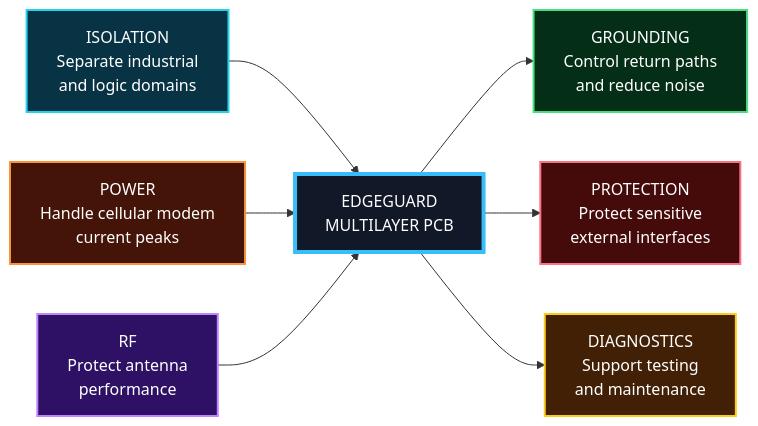
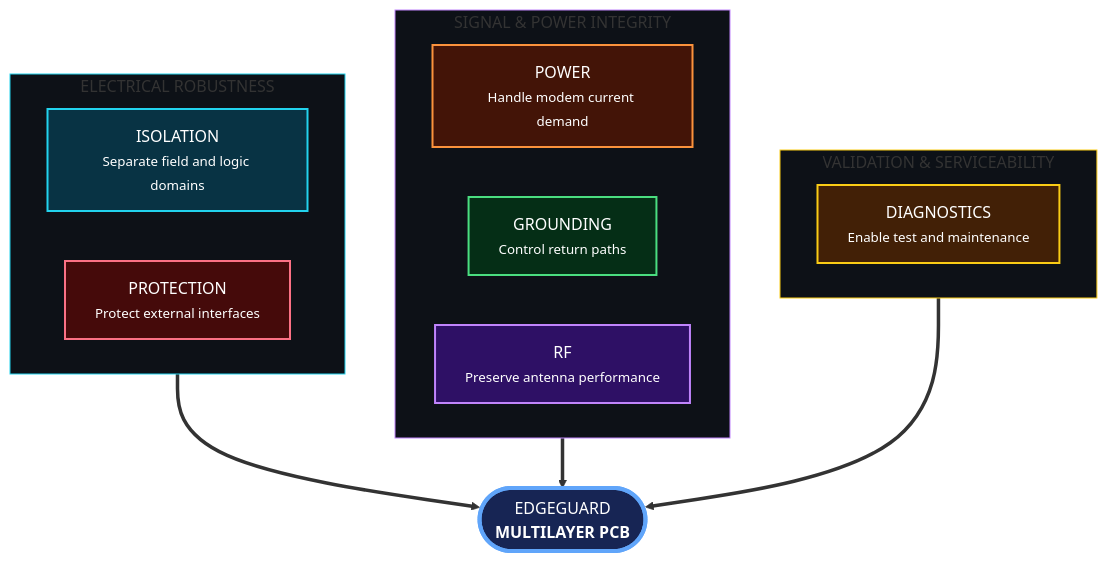
Before and after one commit to bk201-dev/industrial-edge-monitoring-platform: the fourth of 6 diagrams in README.md, drawn with Mermaid. The commit also changed other lines of this file, not shown here.

````diff
--- a/README.md
+++ b/README.md
@@ -164,33 +164,42 @@
 ```mermaid
-flowchart LR
+flowchart TB
 
-    ISO["ISOLATION<br/>Separate industrial<br/>and logic domains"]:::cyan
+    PCB(["EDGEGUARD<br/><b>MULTILAYER PCB</b>"]):::pcb
 
-    POWER["POWER<br/>Handle cellular modem<br/>current peaks"]:::orange
+    subgraph ROBUST["ELECTRICAL ROBUSTNESS"]
+        direction LR
+        ISO["ISOLATION<br/><small>Separate field and logic domains</small>"]:::iso
+        PROT["PROTECTION<br/><small>Protect external interfaces</small>"]:::prot
+    end
 
-    RF["RF<br/>Protect antenna<br/>performance"]:::purple
+    subgraph INTEGRITY["SIGNAL & POWER INTEGRITY"]
+        direction LR
+        POWER["POWER<br/><small>Handle modem current demand</small>"]:::power
+        GND["GROUNDING<br/><small>Control return paths</small>"]:::gnd
+        RF["RF<br/><small>Preserve antenna performance</small>"]:::rf
+    end
 
-    BOARD["EDGEGUARD<br/>MULTILAYER PCB"]:::core
+    subgraph SERVICE["VALIDATION & SERVICEABILITY"]
+        direction LR
+        DIAG["DIAGNOSTICS<br/><small>Enable test and maintenance</small>"]:::diag
+    end
 
-    GND["GROUNDING<br/>Control return paths<br/>and reduce noise"]:::green
+    ROBUST ==> PCB
+    INTEGRITY ==> PCB
+    SERVICE ==> PCB
 
-    PROT["PROTECTION<br/>Protect sensitive<br/>external interfaces"]:::red
+    classDef pcb fill:#172554,stroke:#60A5FA,color:#FFFFFF,stroke-width:4px;
 
-    DEBUG["DIAGNOSTICS<br/>Support testing<br/>and maintenance"]:::yellow
+    classDef iso fill:#083344,stroke:#22D3EE,color:#FFFFFF,stroke-width:2px;
+    classDef prot fill:#450A0A,stroke:#FB7185,color:#FFFFFF,stroke-width:2px;
 
-    ISO --> BOARD
-    POWER --> BOARD
-    RF --> BOARD
+    classDef power fill:#431407,stroke:#FB923C,color:#FFFFFF,stroke-width:2px;
+    classDef gnd fill:#052E16,stroke:#4ADE80,color:#FFFFFF,stroke-width:2px;
+    classDef rf fill:#2E1065,stroke:#C084FC,color:#FFFFFF,stroke-width:2px;
 
-    BOARD --> GND
-    BOARD --> PROT
-    BOARD --> DEBUG
+    classDef diag fill:#422006,stroke:#FACC15,color:#FFFFFF,stroke-width:2px;
 
-    classDef core fill:#111827,stroke:#38BDF8,color:#FFFFFF,stroke-width:4px;
-    classDef cyan fill:#083344,stroke:#22D3EE,color:#FFFFFF,stroke-width:2px;
-    classDef orange fill:#431407,stroke:#FB923C,color:#FFFFFF,stroke-width:2px;
-    classDef purple fill:#2E1065,stroke:#C084FC,color:#FFFFFF,stroke-width:2px;
-    classDef green fill:#052E16,stroke:#4ADE80,color:#FFFFFF,stroke-width:2px;
-    classDef red fill:#450A0A,stroke:#FB7185,color:#FFFFFF,stroke-width:2px;
-    classDef yellow fill:#422006,stroke:#FACC15,color:#FFFFFF,stroke-width:2px;
+    style ROBUST fill:#0D1117,stroke:#22D3EE,stroke-width:1px
+    style INTEGRITY fill:#0D1117,stroke:#C084FC,stroke-width:1px
+    style SERVICE fill:#0D1117,stroke:#FACC15,stroke-width:1px
 ```
````
